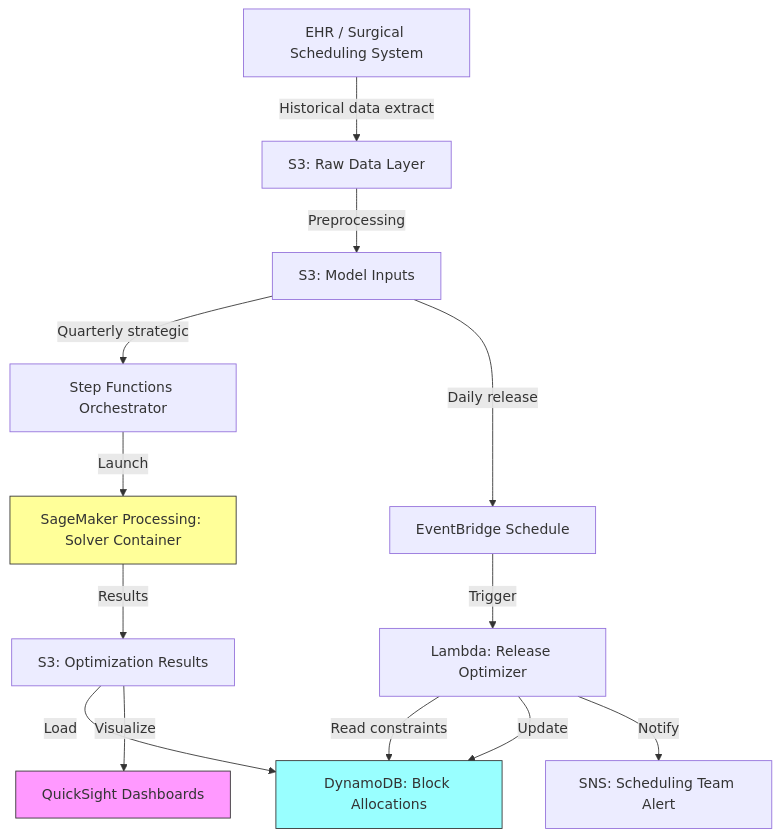
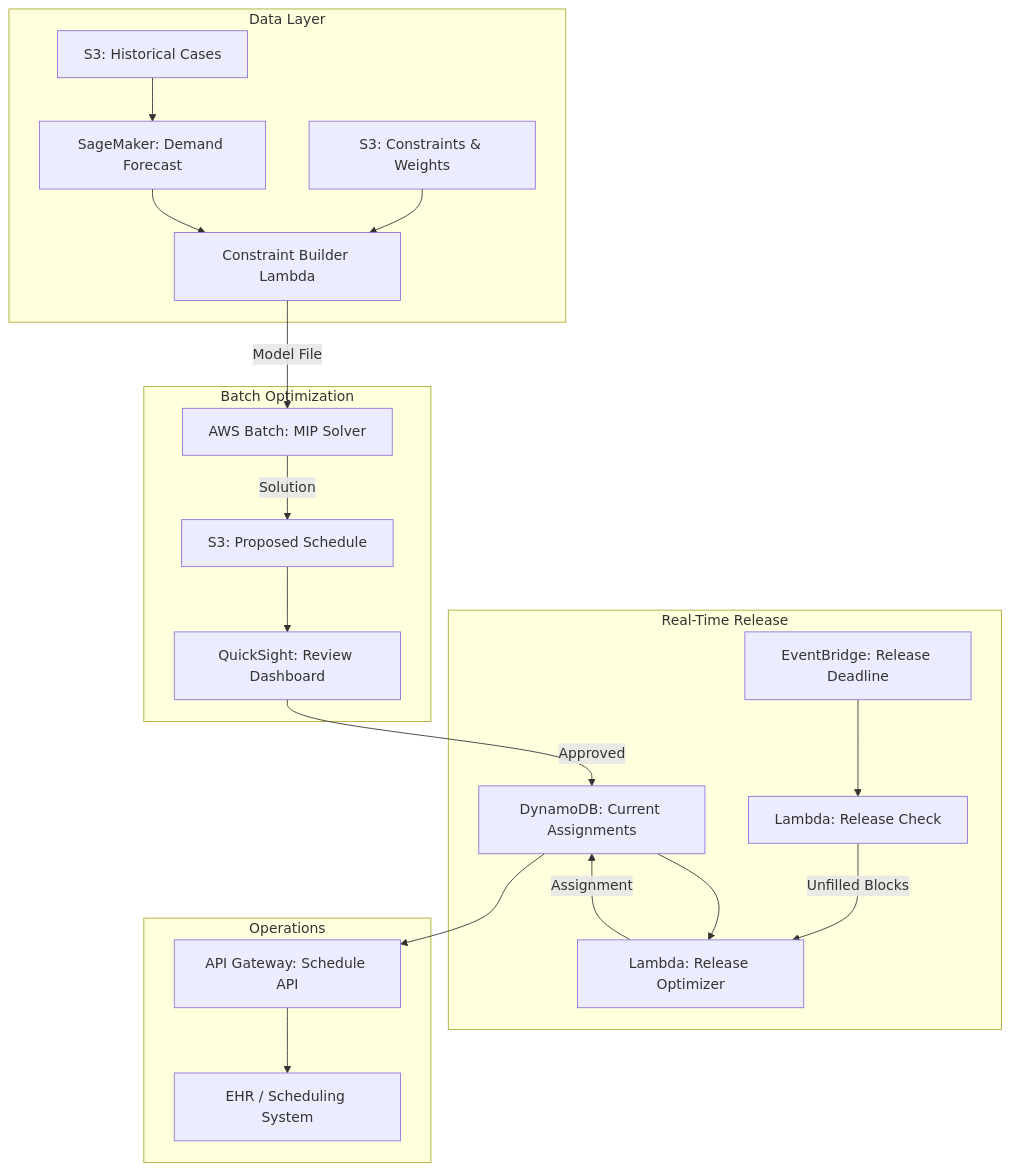
One commit to ccrngd1/HCLS-ai-book changed the diagram in chapter14.05-or-block-scheduling.md. Above: the diagram before and after it, drawn with Mermaid. The commit also changed other lines of this file and 4 other files, not shown here.

````diff
--- a/chapter14.05-or-block-scheduling.md
+++ b/chapter14.05-or-block-scheduling.md
@@ -130,21 +126,27 @@
 ```mermaid
-flowchart TD
-    A[EHR / Surgical Scheduling System] -->|Historical data extract| B[S3: Raw Data Layer]
-    B -->|Preprocessing| C[S3: Model Inputs]
-    
-    C -->|Quarterly strategic| D[Step Functions Orchestrator]
-    D -->|Launch| E[SageMaker Processing: Solver Container]
-    E -->|Results| F[S3: Optimization Results]
-    F -->|Load| G[DynamoDB: Block Allocations]
-    F -->|Visualize| H[QuickSight Dashboards]
-    
-    C -->|Daily release| I[EventBridge Schedule]
-    I -->|Trigger| J[Lambda: Release Optimizer]
-    J -->|Read constraints| G
-    J -->|Update| G
-    J -->|Notify| K[SNS: Scheduling Team Alert]
+flowchart TB
+    subgraph Data Layer
+        A[S3: Historical Cases] --> B[SageMaker: Demand Forecast]
+        C[S3: Constraints & Weights] --> D[Constraint Builder Lambda]
+        B --> D
+    end
 
-    style E fill:#ff9,stroke:#333
-    style G fill:#9ff,stroke:#333
-    style H fill:#f9f,stroke:#333
+    subgraph Batch Optimization
+        D -->|Model File| E[AWS Batch: MIP Solver]
+        E -->|Solution| F[S3: Proposed Schedule]
+        F --> G[QuickSight: Review Dashboard]
+    end
+
+    subgraph Real-Time Release
+        H[EventBridge: Release Deadline] --> I[Lambda: Release Check]
+        I -->|Unfilled Blocks| J[Lambda: Release Optimizer]
+        K[DynamoDB: Current Assignments] --> J
+        J -->|Assignment| K
+    end
+
+    subgraph Operations
+        G -->|Approved| K
+        K --> L[API Gateway: Schedule API]
+        L --> M[EHR / Scheduling System]
+    end
 ```
````
